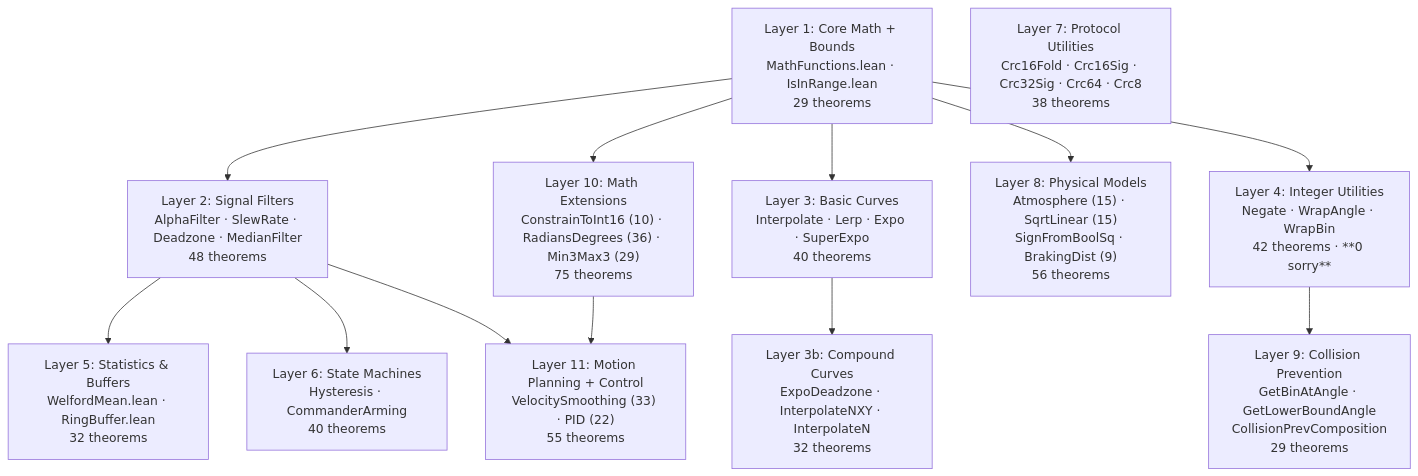
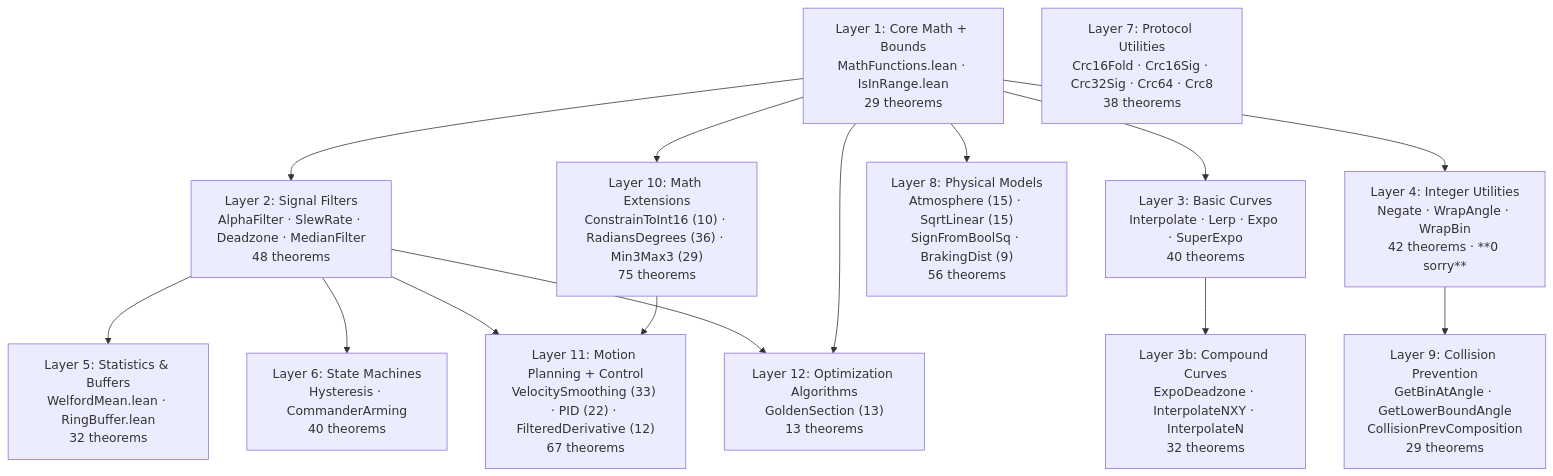
Before and after one commit to fsprojects/PX4-Autopilot: the first of 18 diagrams in formal-verification/REPORT.md, drawn with Mermaid. The commit also changed other lines of this file and 2 other files, not shown here.

First line of the commit message:
feat(fv): run108 — REPORT.md 555 theorems + new research targets (GainCompression, SensorOrientation)

````diff
--- a/formal-verification/REPORT.md
+++ b/formal-verification/REPORT.md
@@ -41,26 +43,29 @@
 ```mermaid
 graph TD
     L1["Layer 1: Core Math + Bounds<br/>MathFunctions.lean · IsInRange.lean<br/>29 theorems"]
     L2a["Layer 2: Signal Filters<br/>AlphaFilter · SlewRate · Deadzone · MedianFilter<br/>48 theorems"]
     L2b["Layer 3: Basic Curves<br/>Interpolate · Lerp · Expo · SuperExpo<br/>40 theorems"]
     L2c["Layer 3b: Compound Curves<br/>ExpoDeadzone · InterpolateNXY · InterpolateN<br/>32 theorems"]
     L4["Layer 4: Integer Utilities<br/>Negate · WrapAngle · WrapBin<br/>42 theorems · **0 sorry**"]
     L5["Layer 5: Statistics & Buffers<br/>WelfordMean.lean · RingBuffer.lean<br/>32 theorems"]
     L6["Layer 6: State Machines<br/>Hysteresis · CommanderArming<br/>40 theorems"]
     L7["Layer 7: Protocol Utilities<br/>Crc16Fold · Crc16Sig · Crc32Sig · Crc64 · Crc8<br/>38 theorems"]
     L8["Layer 8: Physical Models<br/>Atmosphere (15) · SqrtLinear (15)<br/>SignFromBoolSq · BrakingDist (9)<br/>56 theorems"]
     L9["Layer 9: Collision Prevention<br/>GetBinAtAngle · GetLowerBoundAngle<br/>CollisionPrevComposition<br/>29 theorems"]
     L10["Layer 10: Math Extensions<br/>ConstrainToInt16 (10) · RadiansDegrees (36) · Min3Max3 (29)<br/>75 theorems"]
-    L11["Layer 11: Motion Planning + Control<br/>VelocitySmoothing (33) · PID (22)<br/>55 theorems"]
+    L11["Layer 11: Motion Planning + Control<br/>VelocitySmoothing (33) · PID (22) · FilteredDerivative (12)<br/>67 theorems"]
+    L12["Layer 12: Optimization Algorithms<br/>GoldenSection (13)<br/>13 theorems"]
     L1 --> L2a
     L1 --> L2b
     L2b --> L2c
     L1 --> L4
     L2a --> L5
     L2a --> L6
     L1 --> L8
     L4 --> L9
     L1 --> L10
     L2a --> L11
     L10 --> L11
+    L2a --> L12
+    L1 --> L12
 ```
````
